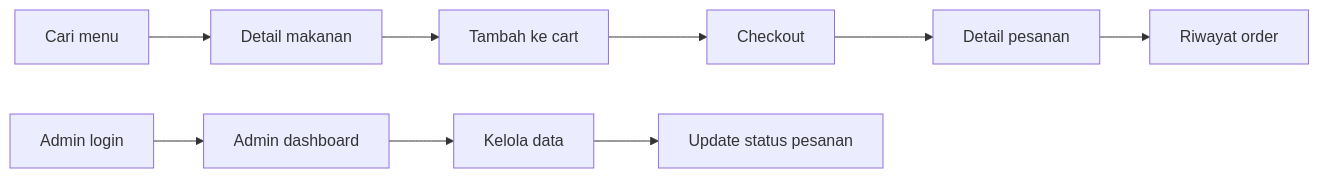
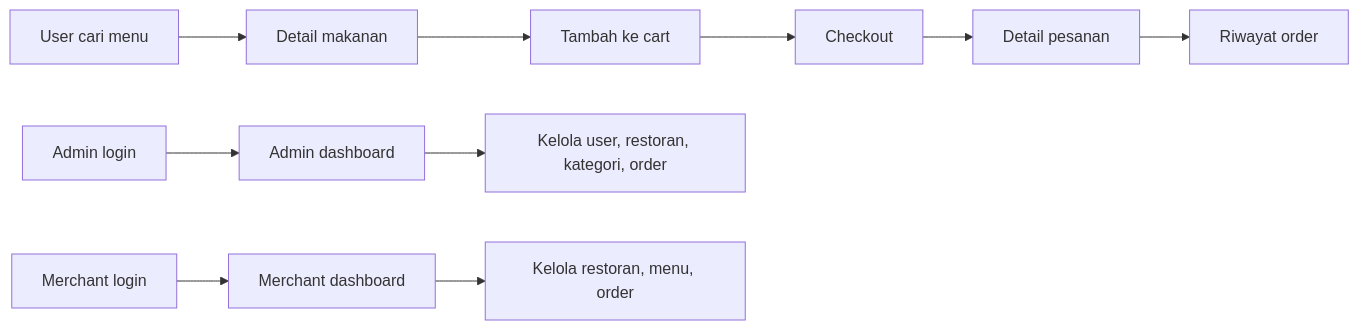
Before and after one commit to tegokkk/CARIMAKAN: the diagram in README.md, drawn with Mermaid. The commit also changed other lines of this file, not shown here.

````diff
--- a/README.md
+++ b/README.md
@@ -60,12 +62,14 @@
 ```mermaid
 flowchart LR
-  A["Cari menu"] --> B["Detail makanan"]
+  A["User cari menu"] --> B["Detail makanan"]
   B --> C["Tambah ke cart"]
   C --> D["Checkout"]
   D --> E["Detail pesanan"]
   E --> F["Riwayat order"]
 
   G["Admin login"] --> H["Admin dashboard"]
-  H --> I["Kelola data"]
-  I --> J["Update status pesanan"]
+  H --> I["Kelola user, restoran, kategori, order"]
+
+  J["Merchant login"] --> K["Merchant dashboard"]
+  K --> L["Kelola restoran, menu, order"]
 ```
````
